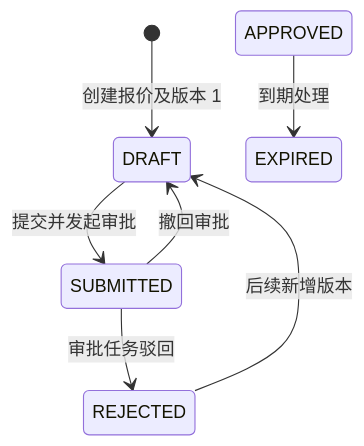
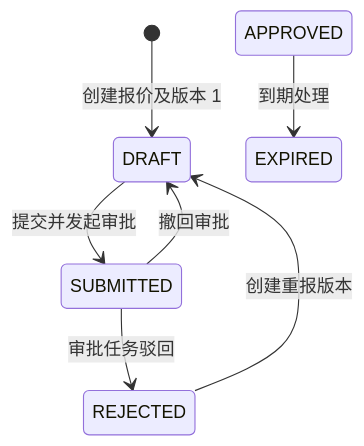
The diagram in docs/architecture/quote.md (Squirtles331/AiCRM), drawn with Mermaid before and after one commit. The commit also changed other lines of this file and 10 other files, not shown here.

````diff
--- a/docs/architecture/quote.md
+++ b/docs/architecture/quote.md
@@ -17,9 +17,9 @@
 ```mermaid
 stateDiagram-v2
     [*] --> DRAFT: 创建报价及版本 1
     DRAFT --> SUBMITTED: 提交并发起审批
     SUBMITTED --> REJECTED: 审批任务驳回
     SUBMITTED --> DRAFT: 撤回审批
     APPROVED --> EXPIRED: 到期处理
-    REJECTED --> DRAFT: 后续新增版本
+    REJECTED --> DRAFT: 创建重报版本
 ```
````
